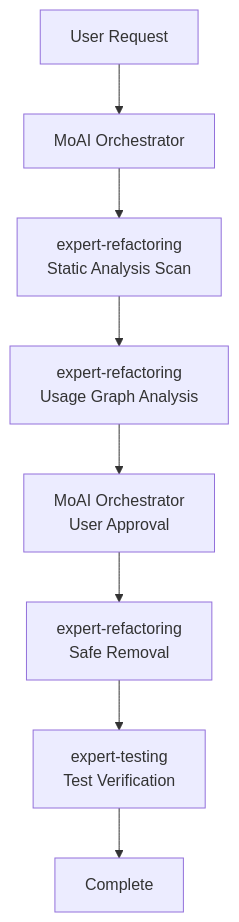
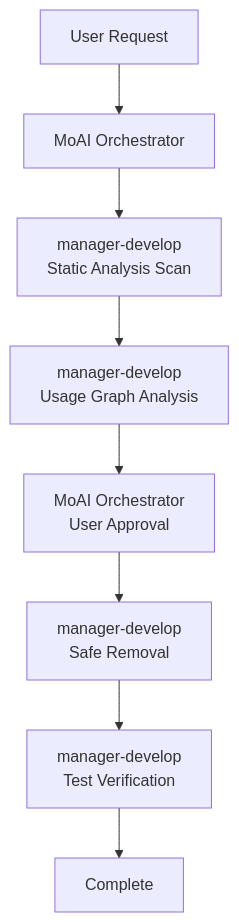
The second of 2 diagrams in docs-site/content/en/utility-commands/moai-clean.md (modu-ai/moai-adk), drawn with Mermaid before and after one commit. The commit also changed other lines of this file and 153 other files, not shown here.

````diff
--- a/docs-site/content/en/utility-commands/moai-clean.md
+++ b/docs-site/content/en/utility-commands/moai-clean.md
@@ -171,10 +171,10 @@
 ```mermaid
 flowchart TD
     User["User Request"] --> MoAI["MoAI Orchestrator"]
-    MoAI --> Refactor1["expert-refactoring<br/>Static Analysis Scan"]
-    Refactor1 --> Refactor2["expert-refactoring<br/>Usage Graph Analysis"]
+    MoAI --> Refactor1["manager-develop<br/>Static Analysis Scan"]
+    Refactor1 --> Refactor2["manager-develop<br/>Usage Graph Analysis"]
     Refactor2 --> MoAI2["MoAI Orchestrator<br/>User Approval"]
-    MoAI2 --> Refactor3["expert-refactoring<br/>Safe Removal"]
-    Refactor3 --> Testing["expert-testing<br/>Test Verification"]
+    MoAI2 --> Refactor3["manager-develop<br/>Safe Removal"]
+    Refactor3 --> Testing["manager-develop<br/>Test Verification"]
     Testing --> Complete["Complete"]
 ```
````
